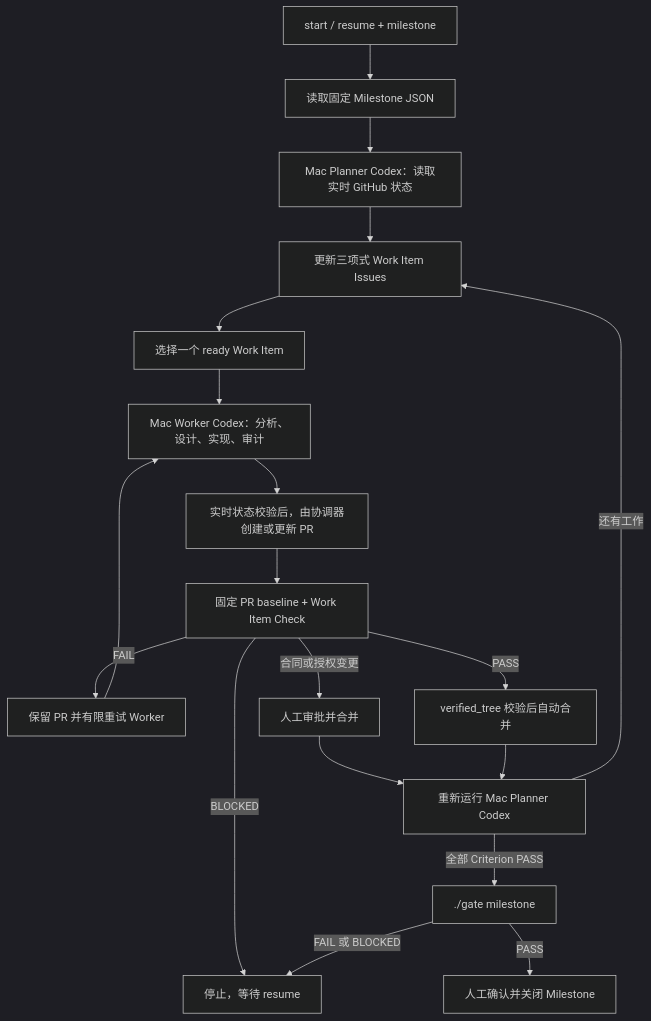
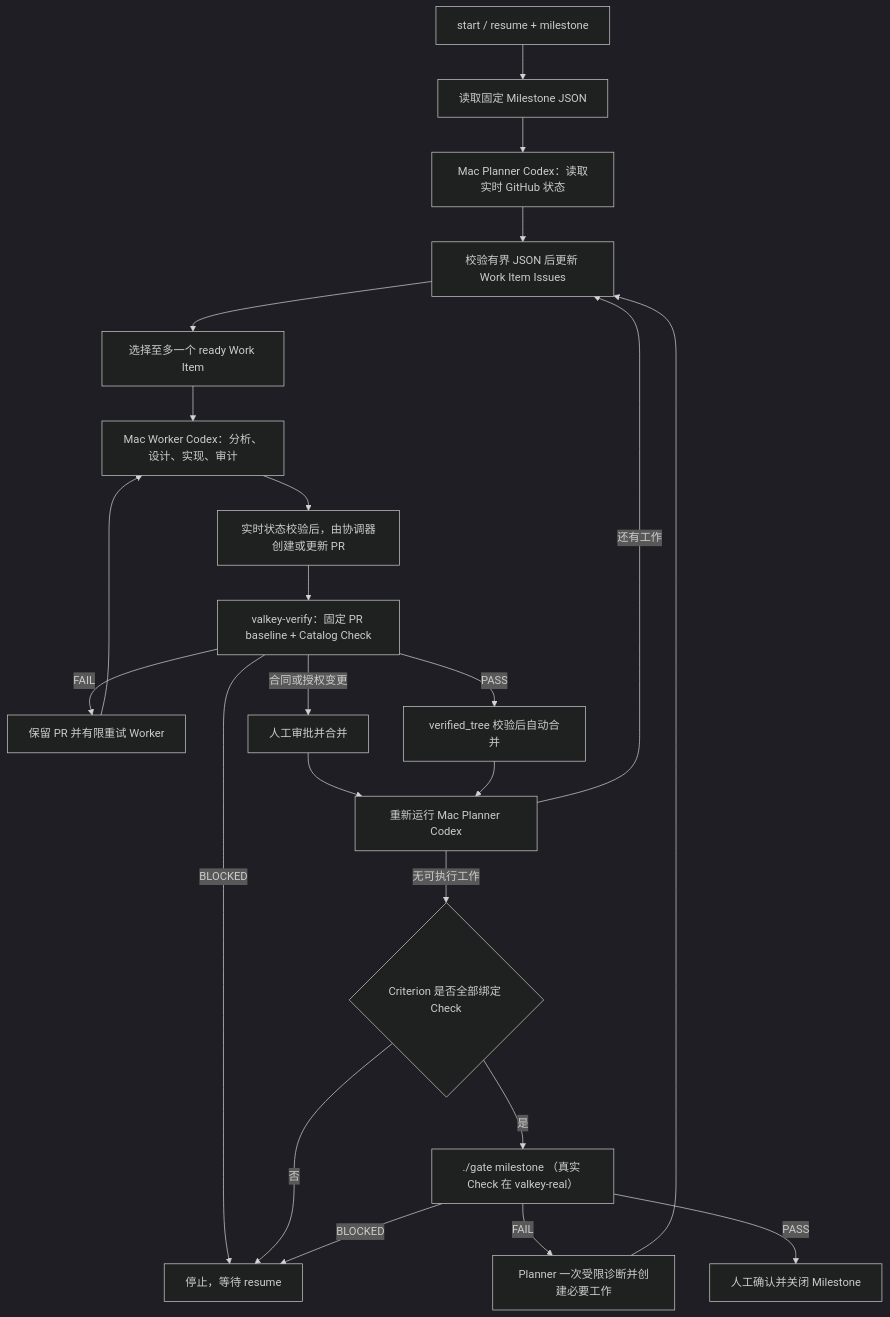
The diagram in miletone_loop/plan.md (ly989264/valkey-scale-lab), drawn with Mermaid (dark theme) before and after one commit. The commit also changed other lines of this file, not shown here.

````diff
--- a/miletone_loop/plan.md
+++ b/miletone_loop/plan.md
@@ -323,21 +381,25 @@
 ```mermaid
 flowchart TD
     A["start / resume + milestone"] --> B["读取固定 Milestone JSON"]
     B --> C["Mac Planner Codex：读取实时 GitHub 状态"]
-    C --> D["更新三项式 Work Item Issues"]
-    D --> E["选择一个 ready Work Item"]
+    C --> D["校验有界 JSON 后更新 Work Item Issues"]
+    D --> E["选择至多一个 ready Work Item"]
     E --> F["Mac Worker Codex：分析、设计、实现、审计"]
     F --> G["实时状态校验后，由协调器创建或更新 PR"]
-    G --> H["固定 PR baseline + Work Item Check"]
+    G --> H["valkey-verify：固定 PR baseline + Catalog Check"]
     H -->|FAIL| I["保留 PR 并有限重试 Worker"]
     I --> F
     H -->|BLOCKED| Q["停止，等待 resume"]
     H -->|PASS| L["verified_tree 校验后自动合并"]
     H -->|合同或授权变更| K["人工审批并合并"]
     K --> M["重新运行 Mac Planner Codex"]
     L --> M
     M -->|还有工作| D
-    M -->|全部 Criterion PASS| O["./gate milestone <milestone>"]
-    O -->|FAIL 或 BLOCKED| Q
+    M -->|无可执行工作| R{"Criterion 是否全部绑定 Check"}
+    R -->|否| Q
+    R -->|是| O["./gate milestone <milestone>（真实 Check 在 valkey-real）"]
+    O -->|FAIL| P["Planner 一次受限诊断并创建必要工作"]
+    P --> D
+    O -->|BLOCKED| Q
     O -->|PASS| N["人工确认并关闭 Milestone"]
 ```
````
